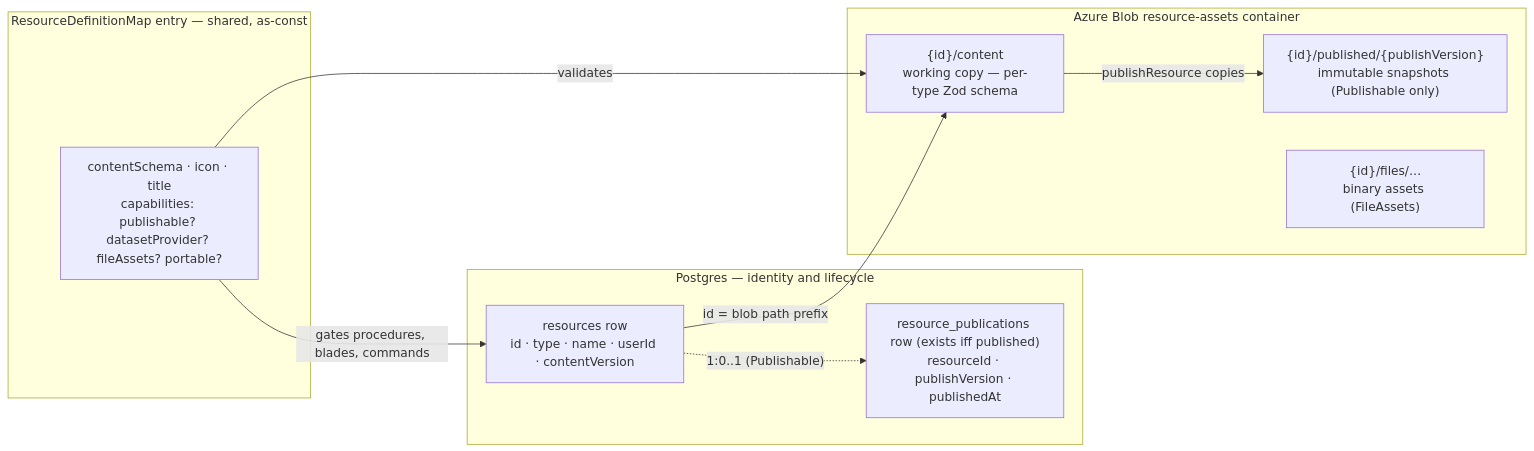
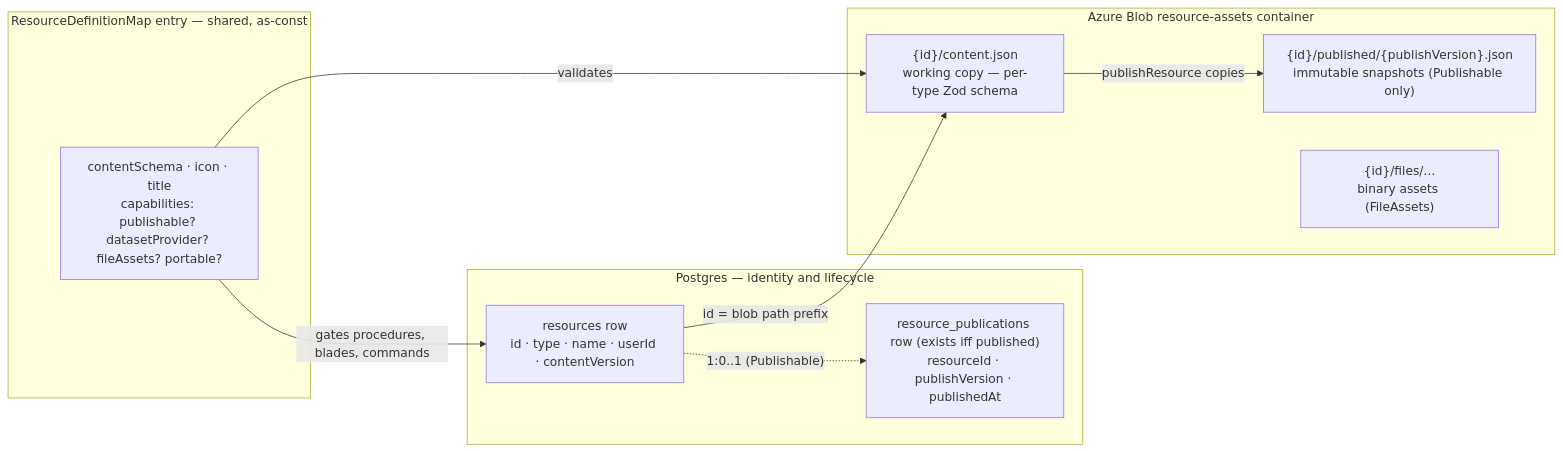
Before and after one commit to Esposter/Esposter: the first of 2 diagrams in packages/app/content/docs/architecture/resources.md, drawn with Mermaid. The commit also changed other lines of this file and 6 other files, not shown here.

First line of the commit message:
docs(architecture): correct claims that no longer match the code

````diff
--- a/packages/app/content/docs/architecture/resources.md
+++ b/packages/app/content/docs/architecture/resources.md
@@ -14,23 +14,23 @@
 ```mermaid
 flowchart LR
   subgraph pg [Postgres — identity and lifecycle]
     ROW["resources row<br/>id · type · name · userId · contentVersion"]
     PUBROW["resource_publications row (exists iff published)<br/>resourceId · publishVersion · publishedAt"]
     ROW -. "1:0..1 (Publishable)" .-> PUBROW
   end
 
   subgraph blob [Azure Blob resource-assets container]
-    CONTENT["{id}/content<br/>working copy — per-type Zod schema"]
-    PUB["{id}/published/{publishVersion}<br/>immutable snapshots (Publishable only)"]
+    CONTENT["{id}/content.json<br/>working copy — per-type Zod schema"]
+    PUB["{id}/published/{publishVersion}.json<br/>immutable snapshots (Publishable only)"]
     FILES["{id}/files/…<br/>binary assets (FileAssets)"]
   end
 
   subgraph def [ResourceDefinitionMap entry — shared, as-const]
     D["contentSchema · icon · title<br/>capabilities: publishable? datasetProvider? fileAssets? portable?"]
   end
 
   ROW -- "id = blob path prefix" --> CONTENT
   CONTENT -- "publishResource copies" --> PUB
   D -- "validates" --> CONTENT
   D -- "gates procedures, blades, commands" --> ROW
 ```
````
